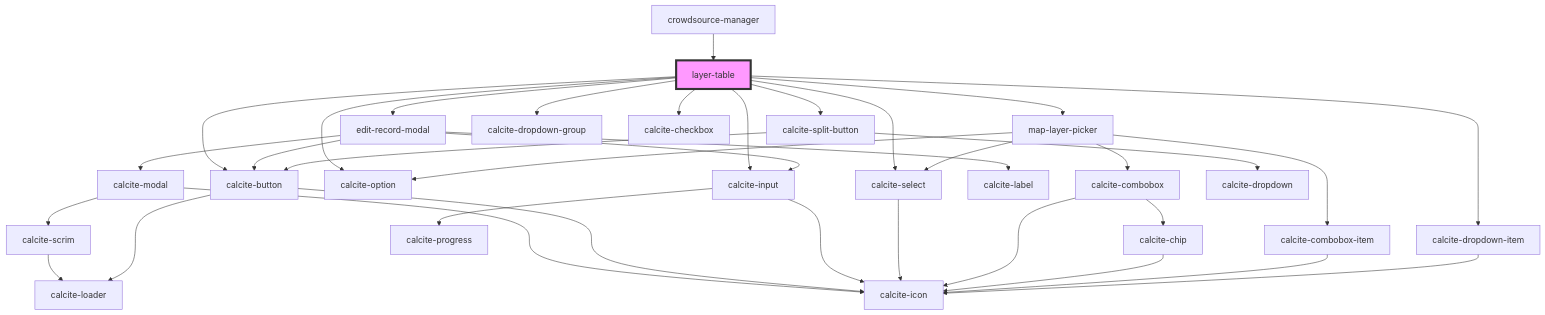
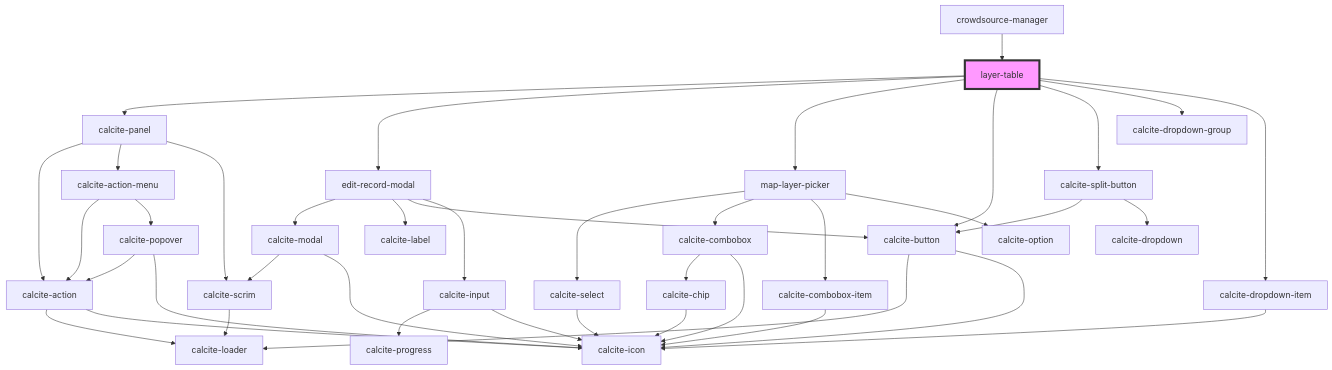
One commit to Esri/solutions-components changed the diagram in src/components/layer-table/readme.md. Above: the diagram before and after it, drawn with Mermaid. The commit also changed other lines of this file and 5 other files, not shown here.

````diff
--- a/src/components/layer-table/readme.md
+++ b/src/components/layer-table/readme.md
@@ -35,38 +32,44 @@
 ```mermaid
 graph TD;
+  layer-table --> calcite-panel
   layer-table --> edit-record-modal
   layer-table --> map-layer-picker
   layer-table --> calcite-button
   layer-table --> calcite-split-button
   layer-table --> calcite-dropdown-group
   layer-table --> calcite-dropdown-item
-  layer-table --> calcite-checkbox
-  layer-table --> calcite-select
-  layer-table --> calcite-option
-  layer-table --> calcite-input
+  calcite-panel --> calcite-action
+  calcite-panel --> calcite-action-menu
+  calcite-panel --> calcite-scrim
+  calcite-action --> calcite-loader
+  calcite-action --> calcite-icon
+  calcite-action-menu --> calcite-action
+  calcite-action-menu --> calcite-popover
+  calcite-popover --> calcite-action
+  calcite-popover --> calcite-icon
+  calcite-scrim --> calcite-loader
   edit-record-modal --> calcite-modal
   edit-record-modal --> calcite-label
   edit-record-modal --> calcite-button
   edit-record-modal --> calcite-input
   calcite-modal --> calcite-scrim
   calcite-modal --> calcite-icon
-  calcite-scrim --> calcite-loader
   calcite-button --> calcite-loader
   calcite-button --> calcite-icon
   calcite-input --> calcite-progress
   calcite-input --> calcite-icon
   map-layer-picker --> calcite-select
   map-layer-picker --> calcite-combobox
   map-layer-picker --> calcite-combobox-item
   map-layer-picker --> calcite-option
   calcite-select --> calcite-icon
   calcite-combobox --> calcite-chip
   calcite-combobox --> calcite-icon
   calcite-chip --> calcite-icon
   calcite-combobox-item --> calcite-icon
   calcite-split-button --> calcite-button
   calcite-split-button --> calcite-dropdown
   calcite-dropdown-item --> calcite-icon
   crowdsource-manager --> layer-table
   style layer-table fill:#f9f,stroke:#333,stroke-width:4px
 ```
````
